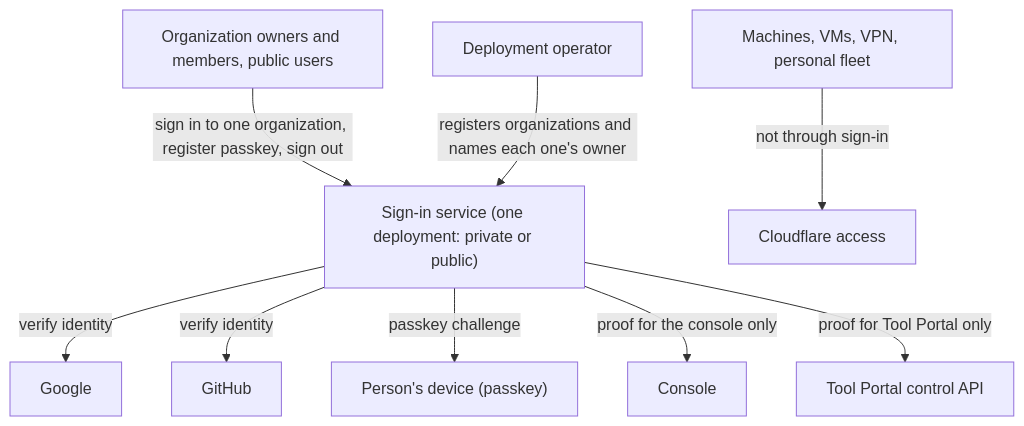
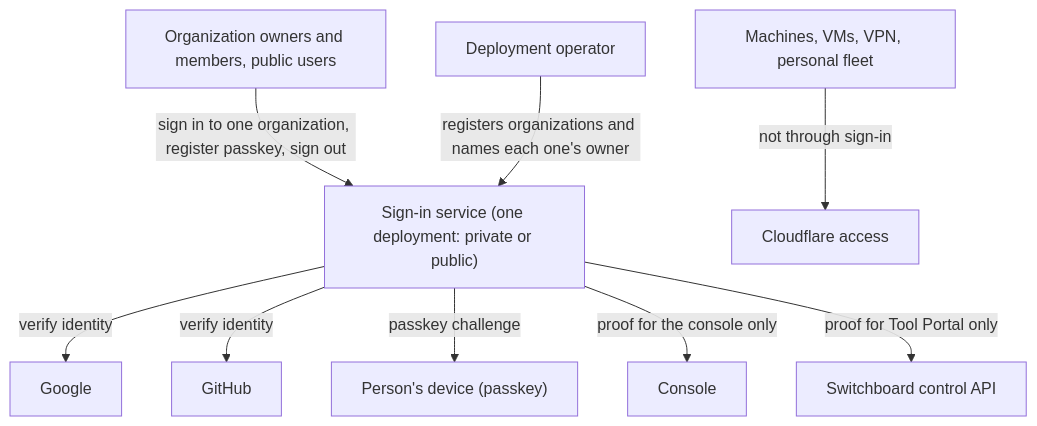
Before and after one commit to ShravanSunder/agent-vm: the first of 2 diagrams in docs/specs/2026-10-20-people-sign-in/2026-10-20-people-sign-in.md, drawn with Mermaid. The commit also changed other lines of this file and 61 other files, not shown here.

Commit message:
OD12 decided (owner, 2026-10-28): the Tool Portal is named Switchboard across the current design sets and pages; code spans, quotes and older documents unchanged; renamed heading anchors and an old remediation link repaired

````diff
--- a/docs/specs/2026-10-20-people-sign-in/2026-10-20-people-sign-in.md
+++ b/docs/specs/2026-10-20-people-sign-in/2026-10-20-people-sign-in.md
@@ -9,21 +9,21 @@
 ```mermaid
 flowchart TB
   people["Organization owners and members, public users"]
   operator["Deployment operator"]
   signin["Sign-in service (one deployment: private or public)"]
   google["Google"]
   github["GitHub"]
   device["Person's device (passkey)"]
   console["Console"]
-  tp["Tool Portal control API"]
+  tp["Switchboard control API"]
   machines["Machines, VMs, VPN, personal fleet"]
   cf["Cloudflare access"]
   people -->|sign in to one organization, register passkey, sign out| signin
   operator -->|registers organizations and names each one's owner| signin
   signin -->|verify identity| google
   signin -->|verify identity| github
   signin -->|passkey challenge| device
   signin -->|proof for the console only| console
   signin -->|proof for Tool Portal only| tp
   machines -->|not through sign-in| cf
 ```
````
